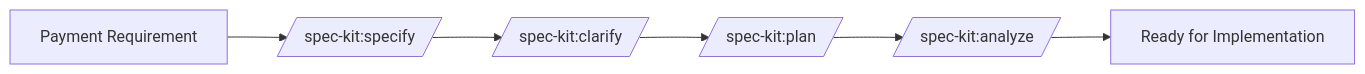
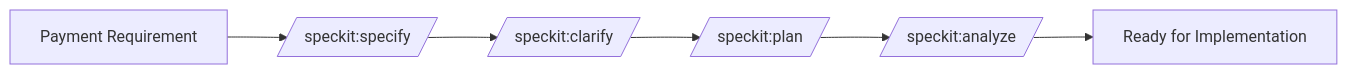
One commit to thomasholknielsen/claude-code-config changed the tenth of 31 diagrams in docs/developer/developer-workflows.md. Above: the diagram before and after it, drawn with Mermaid. The commit also changed other lines of this file and 198 other files, not shown here.

````diff
--- a/docs/developer/developer-workflows.md
+++ b/docs/developer/developer-workflows.md
@@ -654,8 +654,8 @@
 ```mermaid
 graph LR
-    A[Payment Requirement] --> B[/spec-kit:specify/]
-    B --> C[/spec-kit:clarify/]
-    C --> D[/spec-kit:plan/]
-    D --> E[/spec-kit:analyze/]
+    A[Payment Requirement] --> B[/speckit:specify/]
+    B --> C[/speckit:clarify/]
+    C --> D[/speckit:plan/]
+    D --> E[/speckit:analyze/]
     E --> F[Ready for Implementation]
 ```
````
